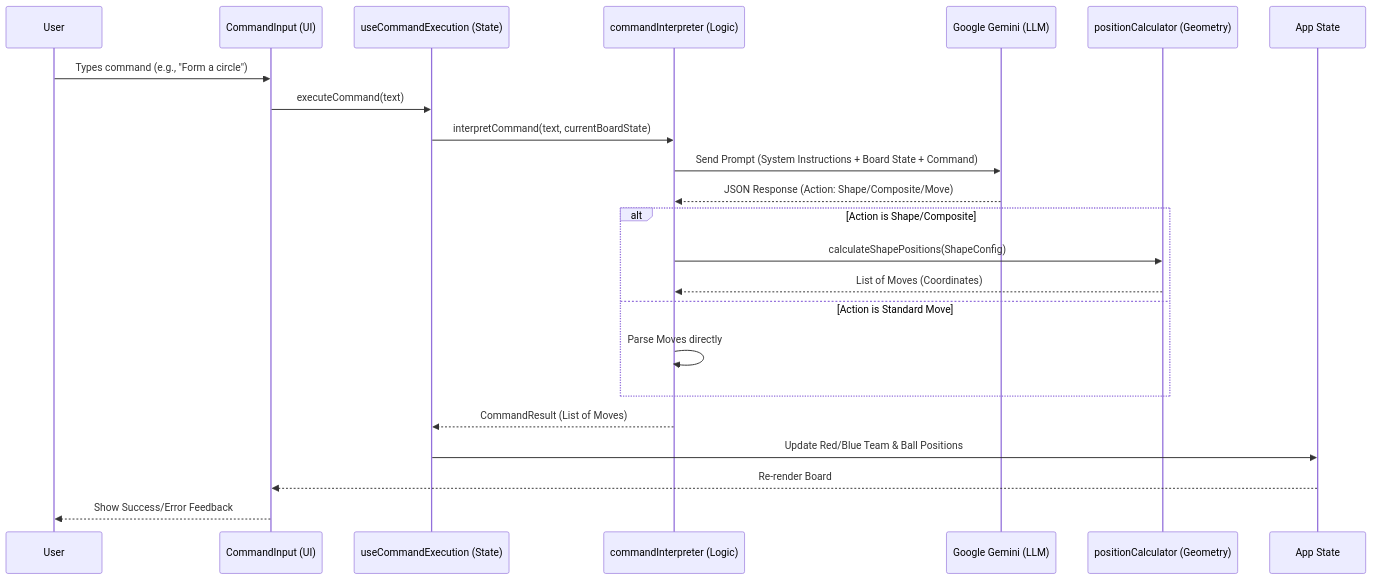
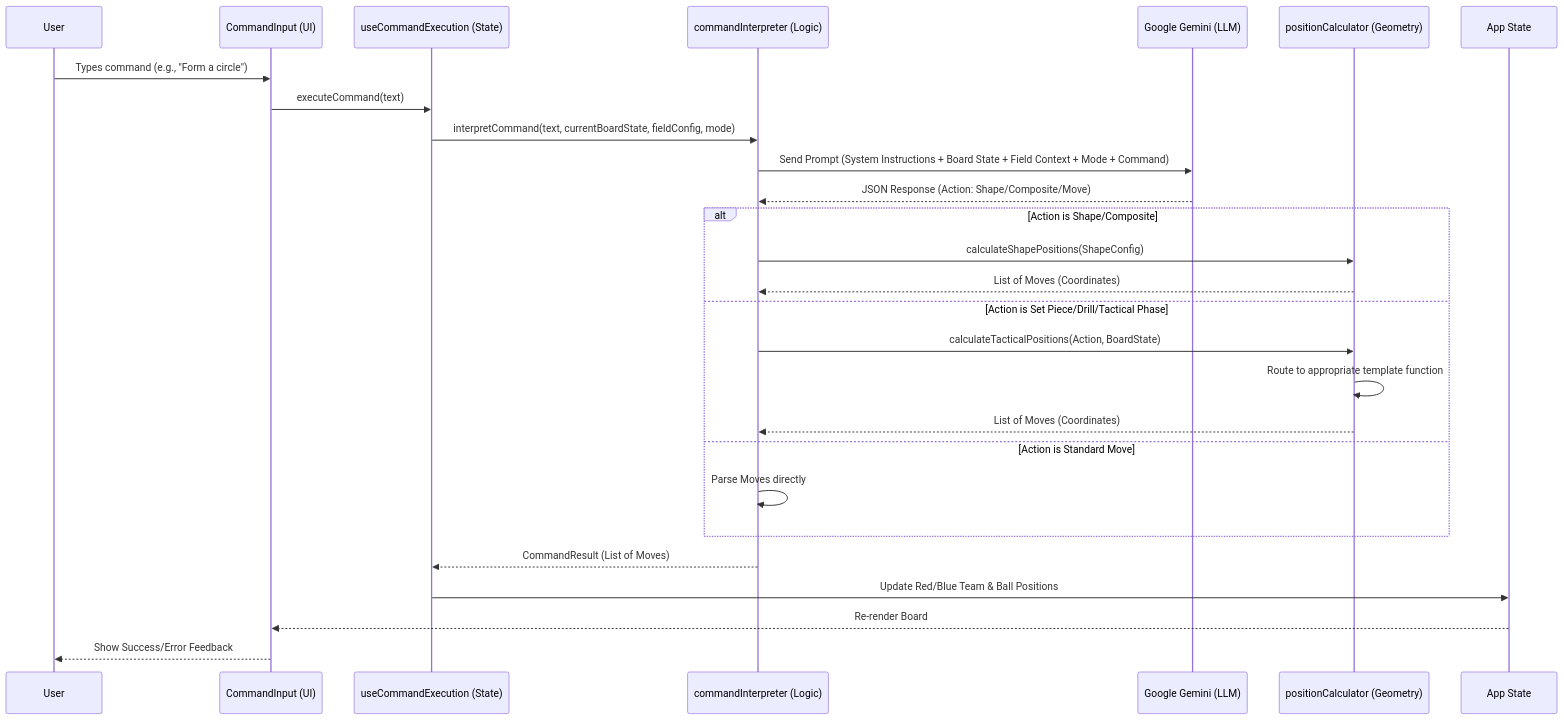
One commit to dneimke/field-hockey-tactic-board changed the diagram in docs/features/ai/pipeline.md. Above: the diagram before and after it, drawn with Mermaid. The commit also changed other lines of this file and 23 other files, not shown here.

Commit message:
feat: Enhance tactical features with game and training modes, including player management and tactical phase actions

````diff
--- a/docs/features/ai/pipeline.md
+++ b/docs/features/ai/pipeline.md
@@ -15,28 +15,32 @@
 ```mermaid
 sequenceDiagram
     participant User
     participant UI as CommandInput (UI)
     participant Hook as useCommandExecution (State)
     participant Interpreter as commandInterpreter (Logic)
     participant Gemini as Google Gemini (LLM)
     participant Calculator as positionCalculator (Geometry)
     participant App as App State
 
     User->>UI: Types command (e.g., "Form a circle")
     UI->>Hook: executeCommand(text)
-    Hook->>Interpreter: interpretCommand(text, currentBoardState)
-    Interpreter->>Gemini: Send Prompt (System Instructions + Board State + Command)
+    Hook->>Interpreter: interpretCommand(text, currentBoardState, fieldConfig, mode)
+    Interpreter->>Gemini: Send Prompt (System Instructions + Board State + Field Context + Mode + Command)
     Gemini-->>Interpreter: JSON Response (Action: Shape/Composite/Move)
     
     alt Action is Shape/Composite
         Interpreter->>Calculator: calculateShapePositions(ShapeConfig)
+        Calculator-->>Interpreter: List of Moves (Coordinates)
+    else Action is Set Piece/Drill/Tactical Phase
+        Interpreter->>Calculator: calculateTacticalPositions(Action, BoardState)
+        Calculator->>Calculator: Route to appropriate template function
         Calculator-->>Interpreter: List of Moves (Coordinates)
     else Action is Standard Move
         Interpreter->>Interpreter: Parse Moves directly
     end
 
     Interpreter-->>Hook: CommandResult (List of Moves)
     Hook->>App: Update Red/Blue Team & Ball Positions
     App-->>UI: Re-render Board
     UI-->>User: Show Success/Error Feedback
 ```
````
